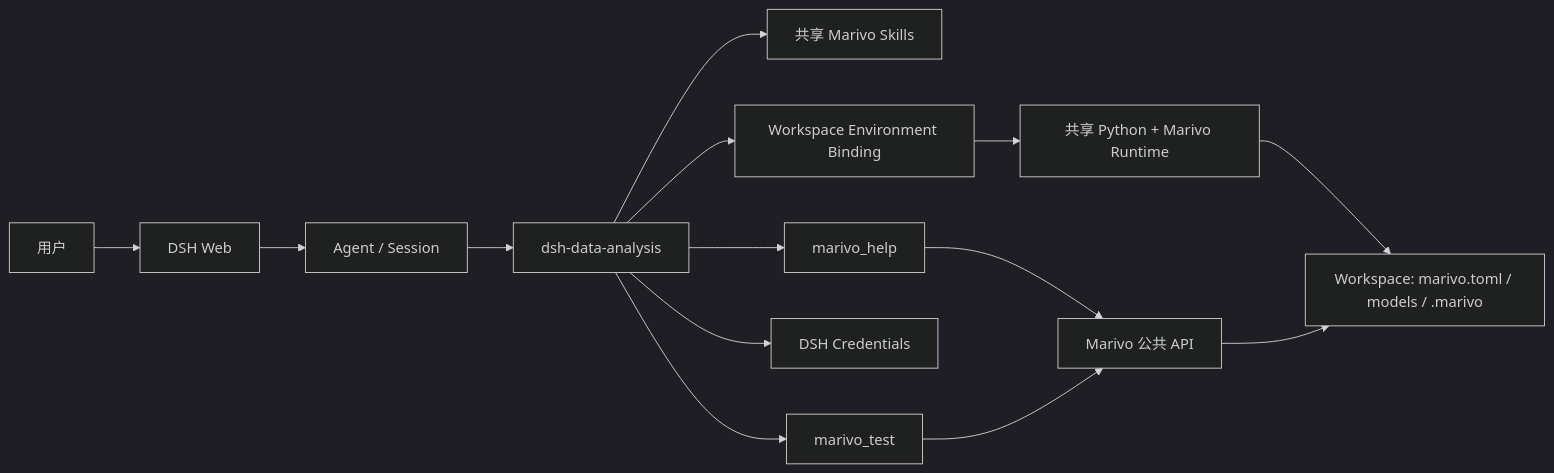
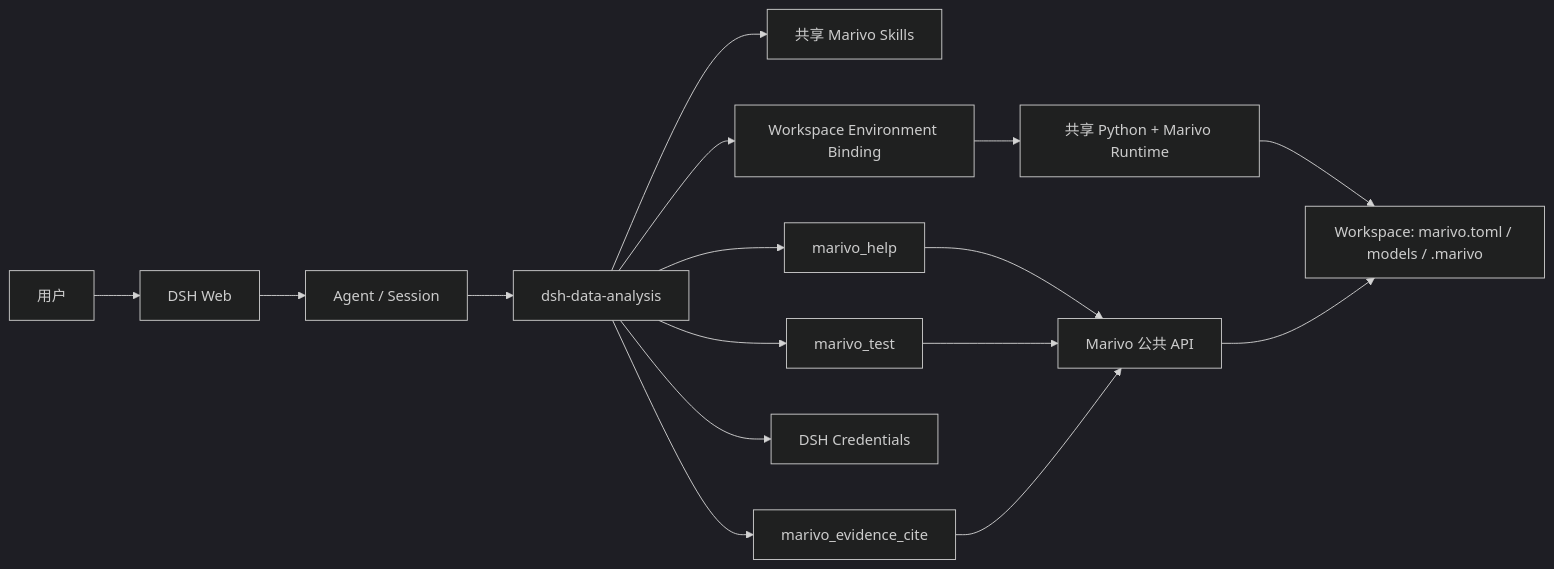
One commit to chengxianglibra/dsh-data-analysis changed the diagram in docs/architecture.md. Above: the diagram before and after it, drawn with Mermaid (dark theme). The commit also changed other lines of this file and 16 other files, not shown here.

First line of the commit message:
feat: add Marivo Evidence citations

````diff
--- a/docs/architecture.md
+++ b/docs/architecture.md
@@ -31,16 +31,18 @@
 ```mermaid
 flowchart LR
   User[用户] --> Web[DSH Web]
   Web --> Agent[Agent / Session]
   Agent --> Plugin[dsh-data-analysis]
   Plugin --> Skills[共享 Marivo Skills]
   Plugin --> Help[marivo_help]
   Plugin --> Test[marivo_test]
+  Plugin --> Cite[marivo_evidence_cite]
   Plugin --> Creds[DSH Credentials]
   Plugin --> Env[Workspace Environment Binding]
   Env --> Runtime[共享 Python + Marivo Runtime]
   Runtime --> Project[Workspace: marivo.toml / models / .marivo]
   Help --> Marivo[Marivo 公共 API]
   Test --> Marivo
+  Cite --> Marivo
   Marivo --> Project
 ```
````
